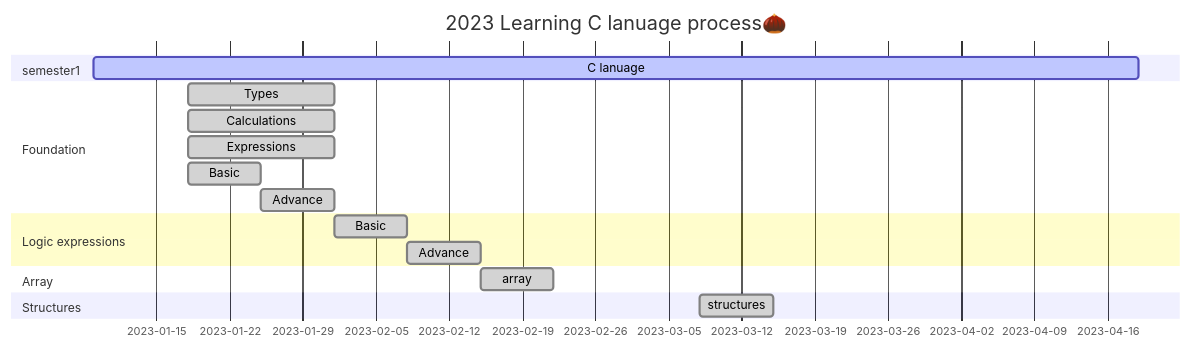
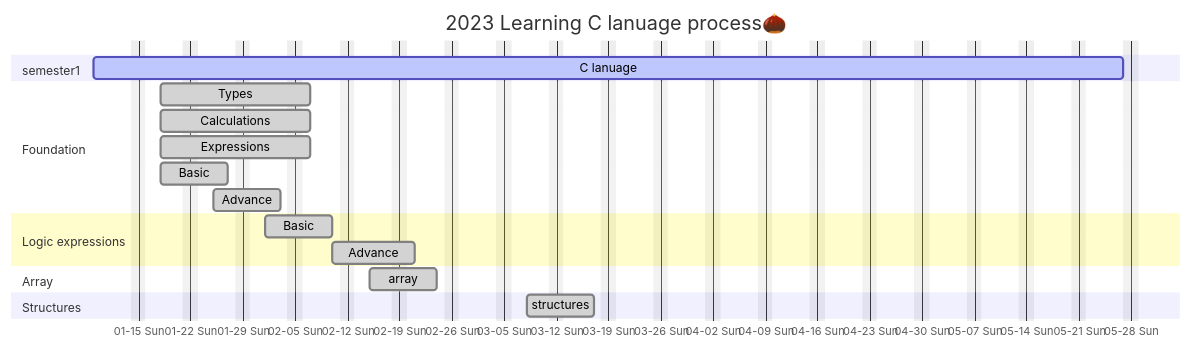
The second of 2 diagrams in README.md (AimeeWen1992/Learning-C), drawn with Mermaid before and after one commit.

````diff
--- a/README.md
+++ b/README.md
@@ -32,24 +32,26 @@
 ```mermaid
 gantt
 title 2023 Learning C lanuage process🌰
 dateFormat MM-DD
+axisFormat %m-%d %a
+excludes weekends
 section semester1
         C lanuage    :active,01-09,100d
 section Foundation          
         Types        :done,01-18,14d
         Calculations :done,01-18,14d
         Expressions  :done,01-18,14d
         Basic   :done,01-18,7d
         Advance :done,01-25,7d
 
 section Logic expressions
         Basic   :done,des1,02-01,7d
         Advance :done,des2,after des1,7d
 
 section Array
         array :done,02-15,7d
 
 section Structures
         structures :done,03-08,7d
 
 ```
````
